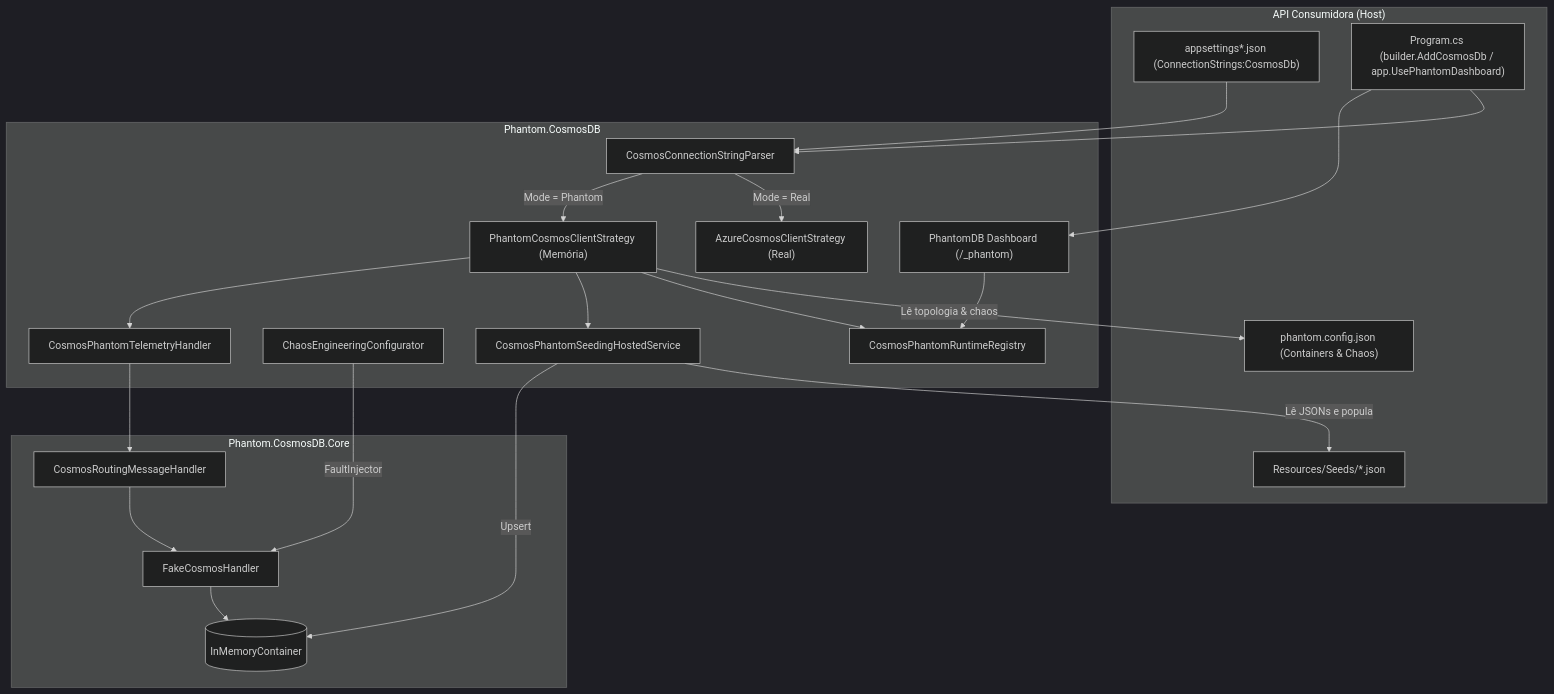
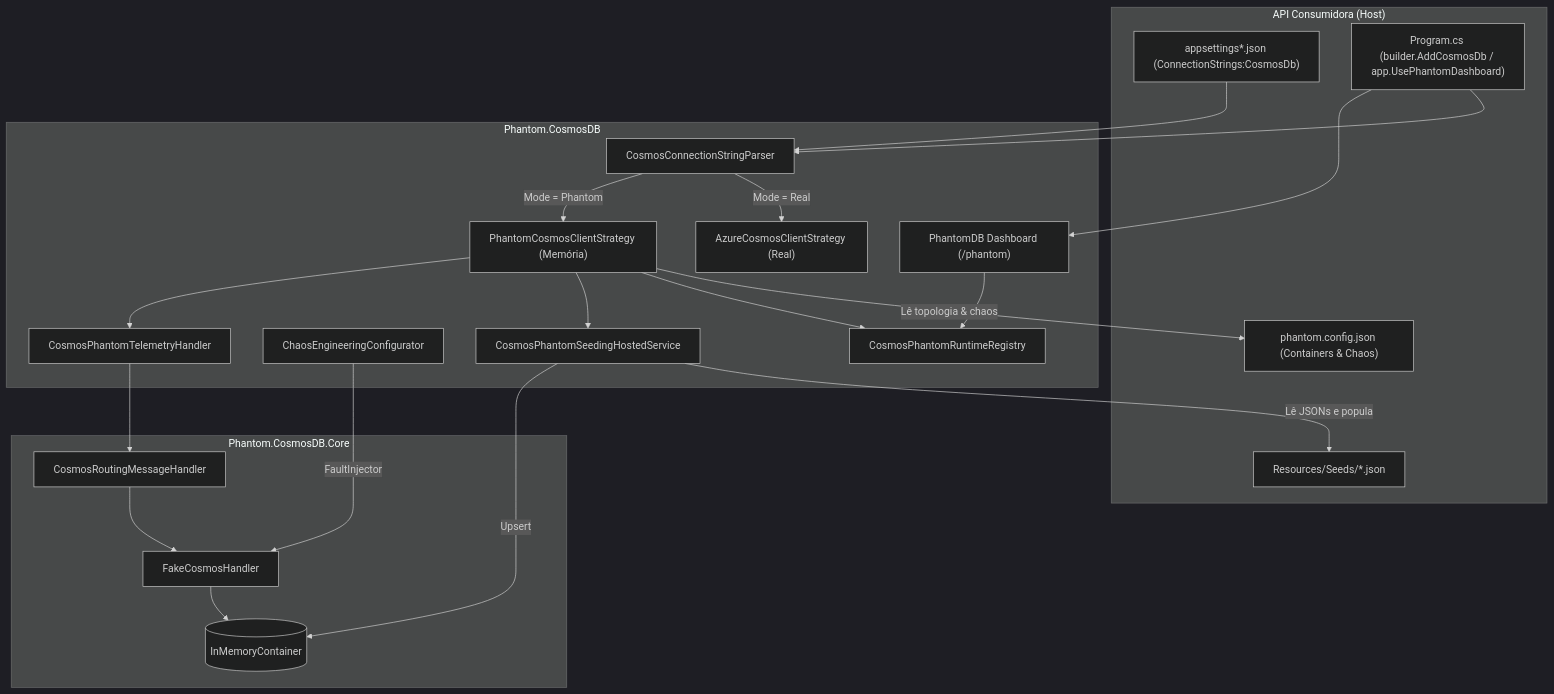
One commit to iamdiegoinacio/PhantomCosmosDB changed the first of 3 diagrams in Docs/Architecture.md. Above: the diagram before and after it, drawn with Mermaid (dark theme). The commit also changed other lines of this file and 5 other files, not shown here.

Commit message:
chore(dashboard): change default route prefix from /_phantom to /phantom

````diff
--- a/Docs/Architecture.md
+++ b/Docs/Architecture.md
@@ -9,46 +9,46 @@
 ```mermaid
 flowchart TD
     subgraph ConsumerAPI ["API Consumidora (Host)"]
         AppSettings["appsettings*.json (ConnectionStrings:CosmosDb)"]
         PhantomCfg["phantom.config.json (Containers & Chaos)"]
         Program["Program.cs (builder.AddCosmosDb / app.UsePhantomDashboard)"]
         Seeds["Resources/Seeds/*.json"]
     end
 
     subgraph PhantomLib ["Phantom.CosmosDB"]
         Parser["CosmosConnectionStringParser"]
         AzureStrat["AzureCosmosClientStrategy (Real)"]
         PhantomStrat["PhantomCosmosClientStrategy (Memória)"]
         HostedSeed["CosmosPhantomSeedingHostedService"]
         Chaos["ChaosEngineeringConfigurator"]
         Telemetry["CosmosPhantomTelemetryHandler"]
         Registry["CosmosPhantomRuntimeRegistry"]
-        Dashboard["PhantomDB Dashboard (/_phantom)"]
+        Dashboard["PhantomDB Dashboard (/phantom)"]
     end
 
     subgraph CoreEngine ["Phantom.CosmosDB.Core"]
         Router["CosmosRoutingMessageHandler"]
         Handler["FakeCosmosHandler"]
         InMemDB[("InMemoryContainer")]
     end
 
     Program --> Parser
     AppSettings --> Parser
     Parser -->|Mode = Real| AzureStrat
     Parser -->|Mode = Phantom| PhantomStrat
 
     PhantomStrat -->|Lê topologia & chaos| PhantomCfg
     PhantomStrat --> Registry
     PhantomStrat --> HostedSeed
     HostedSeed -->|Lê JSONs e popula| Seeds
     HostedSeed -->|Upsert| InMemDB
 
     PhantomStrat --> Telemetry
     Telemetry --> Router
     Router --> Handler
     Chaos -->|FaultInjector| Handler
     Handler --> InMemDB
 
     Program --> Dashboard
     Dashboard --> Registry
 ```
````
